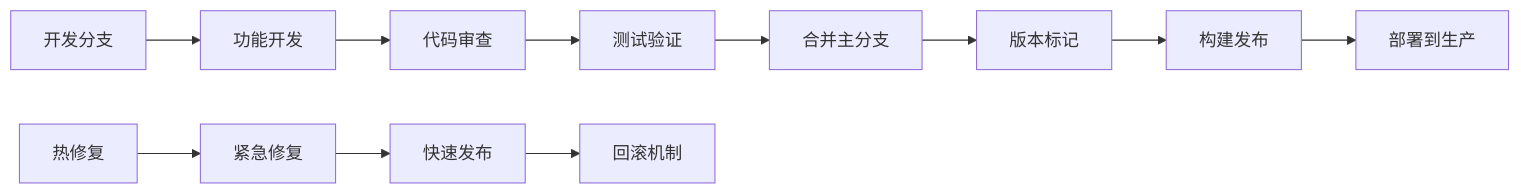
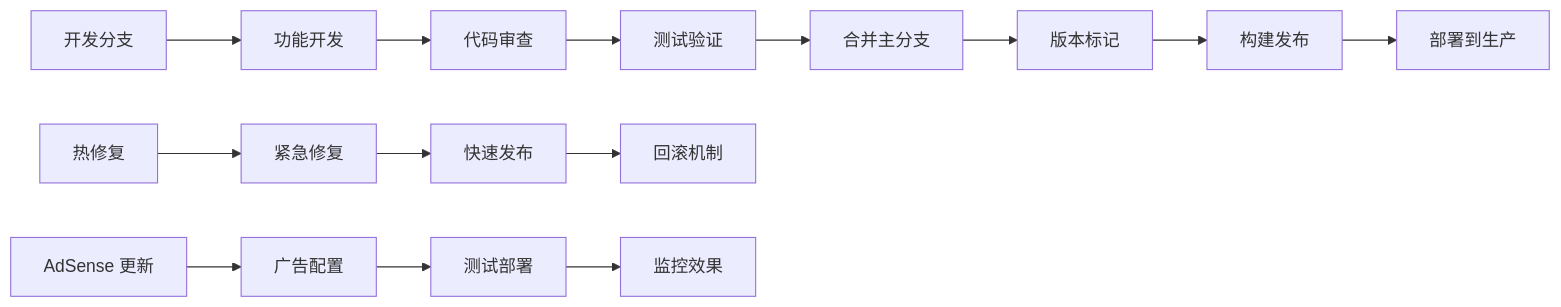
One commit to mrancc/reimagined-journey changed diagram 19 of 21 in .qoder/repowiki/zh/content/部署指南.md. Above: the diagram before and after it, drawn with Mermaid. The commit also changed other lines of this file and 3 other files, not shown here.

````diff
--- a/.qoder/repowiki/zh/content/部署指南.md
+++ b/.qoder/repowiki/zh/content/部署指南.md
@@ -488,13 +627,16 @@
 ```mermaid
 flowchart LR
 A[开发分支] --> B[功能开发]
 B --> C[代码审查]
 C --> D[测试验证]
 D --> E[合并主分支]
 E --> F[版本标记]
 F --> G[构建发布]
 G --> H[部署到生产]
 I[热修复] --> J[紧急修复]
 J --> K[快速发布]
 K --> L[回滚机制]
+M[AdSense 更新] --> N[广告配置]
+N --> O[测试部署]
+O --> P[监控效果]
 ```
````
